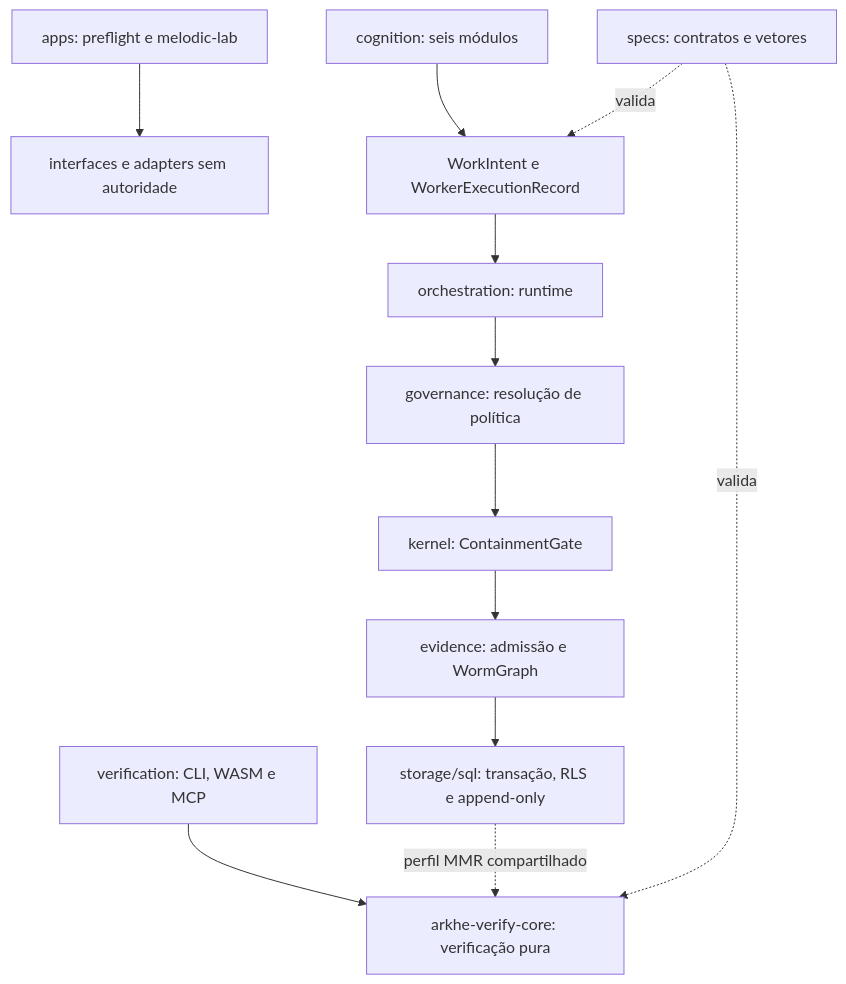
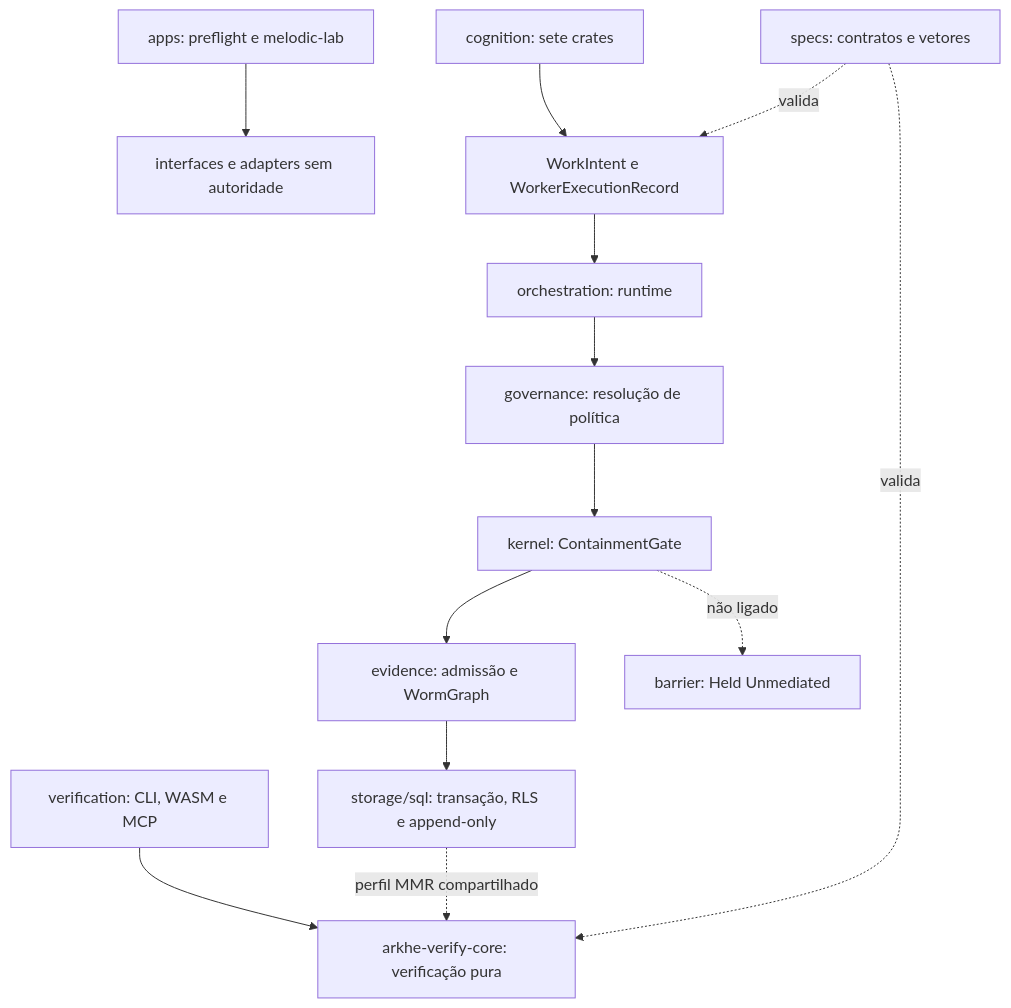
Before and after one commit to rafael-arkhe/arkhe-chain: the diagram in docs/ARCHITECTURE.md, drawn with Mermaid. The commit also changed other lines of this file and 328 other files, not shown here.

````diff
--- a/docs/ARCHITECTURE.md
+++ b/docs/ARCHITECTURE.md
@@ -8,14 +8,15 @@
 ```mermaid
 flowchart TD
     UI[apps: preflight e melodic-lab] --> AD[interfaces e adapters sem autoridade]
-    CG[cognition: seis módulos] --> WER[WorkIntent e WorkerExecutionRecord]
+    CG[cognition: sete crates] --> WER[WorkIntent e WorkerExecutionRecord]
     WER --> RT[orchestration: runtime]
     RT --> GOV[governance: resolução de política]
     GOV --> GATE[kernel: ContainmentGate]
     GATE --> EV[evidence: admissão e WormGraph]
+    GATE -. não ligado .-> BAR[barrier: Held Unmediated]
     EV --> SQL[storage/sql: transação, RLS e append-only]
     VM[verification: CLI, WASM e MCP] --> PURE[arkhe-verify-core: verificação pura]
     SQL -. perfil MMR compartilhado .-> PURE
     SPEC[specs: contratos e vetores] -. valida .-> WER
     SPEC -. valida .-> PURE
 ```
````
